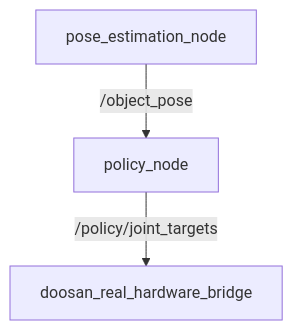
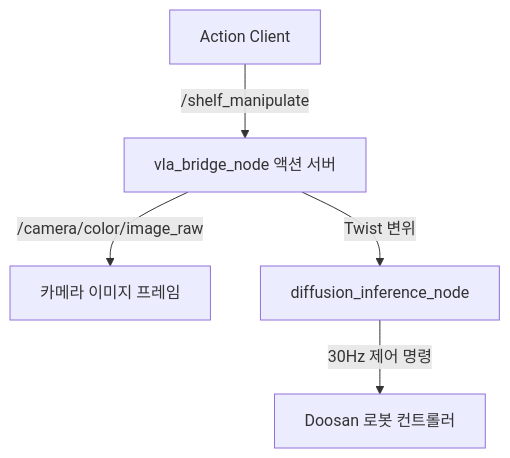
The fourth of 10 diagrams in phase4_slides.md (iyangim/smart-shelf-robot), drawn with Mermaid before and after one commit. The commit also changed other lines of this file and 15 other files, not shown here.

````diff
--- a/phase4_slides.md
+++ b/phase4_slides.md
@@ -72,5 +71,7 @@
 ```mermaid
 graph TD
-    Node1[policy_node] -- /policy/joint_targets --> Node2[doosan_real_hardware_bridge]
-    Node3[pose_estimation_node] -- /object_pose --> Node1
+    Client[Action Client] -- /shelf_manipulate --> Server[vla_bridge_node 액션 서버]
+    Server -- /camera/color/image_raw --> Image[카메라 이미지 프레임]
+    Server -- Twist 변위 --> Diff[diffusion_inference_node]
+    Diff -- 30Hz 제어 명령 --> Hardware[Doosan 로봇 컨트롤러]
 ```
````
